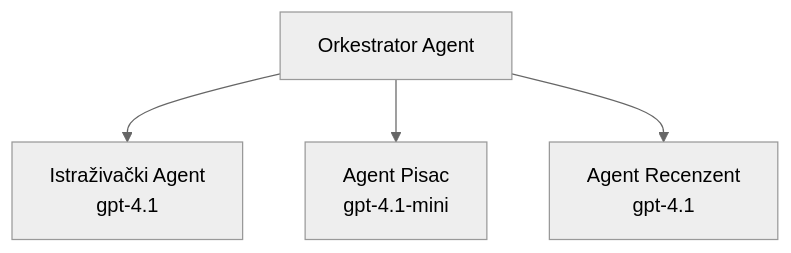
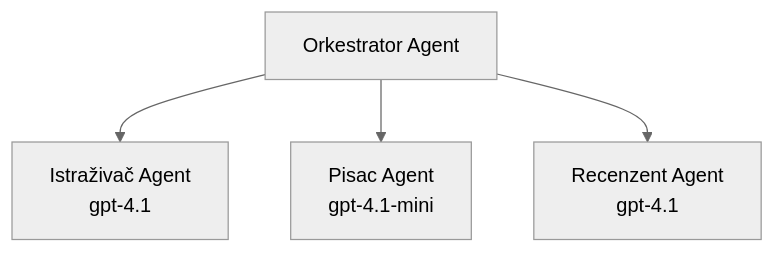
The third of 3 diagrams in translations/hr/docs/chapter-02-ai-development/agents.md (microsoft/AZD-for-beginners), drawn with Mermaid (neutral theme) before and after one commit. The commit also changed other lines of this file and 104 other files, not shown here.

````diff
--- a/translations/hr/docs/chapter-02-ai-development/agents.md
+++ b/translations/hr/docs/chapter-02-ai-development/agents.md
@@ -194,6 +201,6 @@
 ```mermaid
 graph TD
-    Orchestrator[Orkestrator Agent] --> Research[Istraživački Agent<br/>gpt-4.1]
-    Orchestrator --> Writer[Agent Pisac<br/>gpt-4.1-mini]
-    Orchestrator --> Reviewer[Agent Recenzent<br/>gpt-4.1]
+    Orchestrator[Orkestrator Agent] --> Research[Istraživač Agent<br/>gpt-4.1]
+    Orchestrator --> Writer[Pisac Agent<br/>gpt-4.1-mini]
+    Orchestrator --> Reviewer[Recenzent Agent<br/>gpt-4.1]
 ```
````
